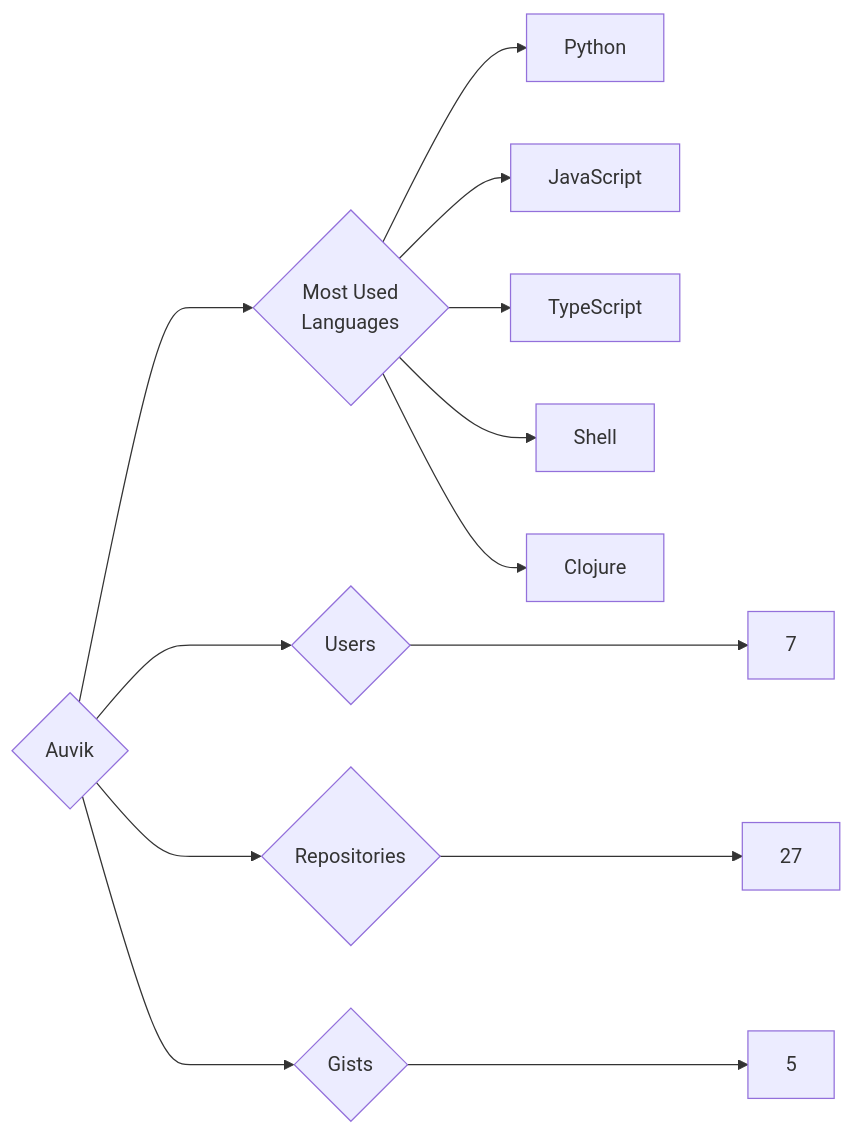
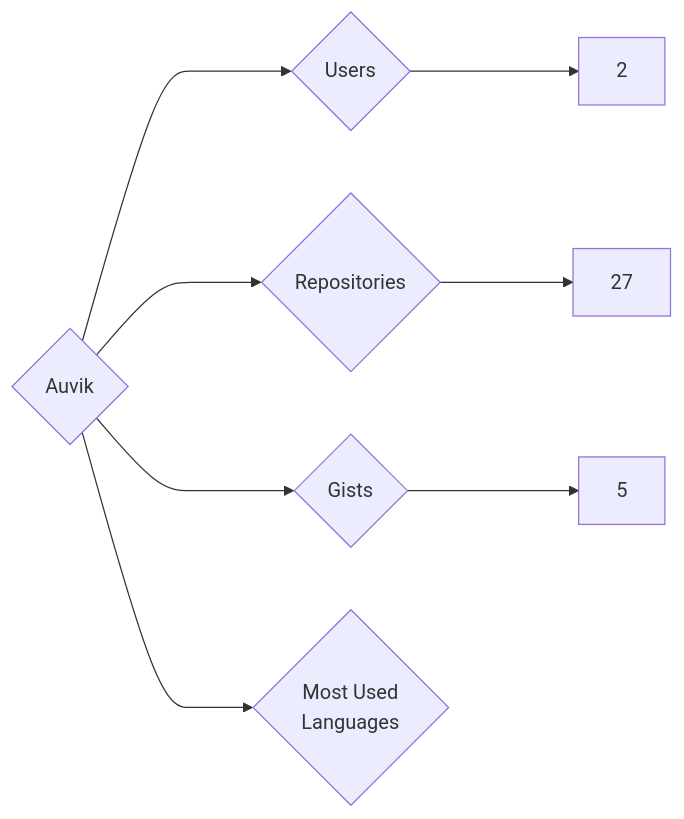
Before and after one commit to trickest/insiders: the diagram in targets/Auvik/README.md, drawn with Mermaid. The commit also changed 998 other files, not shown here.

````diff
--- a/targets/Auvik/README.md
+++ b/targets/Auvik/README.md
@@ -3,13 +3,8 @@
 ```mermaid
 graph LR
 COMPANY_NAME{Auvik}
-COMPANY_NAME ---> U{Users} ---> UN[7]
+COMPANY_NAME ---> U{Users} ---> UN[2]
 COMPANY_NAME ---> R{Repositories} ---> RN[27]
 COMPANY_NAME ---> G{Gists} ---> GN[5]
 COMPANY_NAME ---> ML{Most Used<br>Languages}
-ML --> Python[Python]
-ML --> JavaScript[JavaScript]
-ML --> TypeScript[TypeScript]
-ML --> Shell[Shell]
-ML --> Clojure[Clojure]
 ```
````
